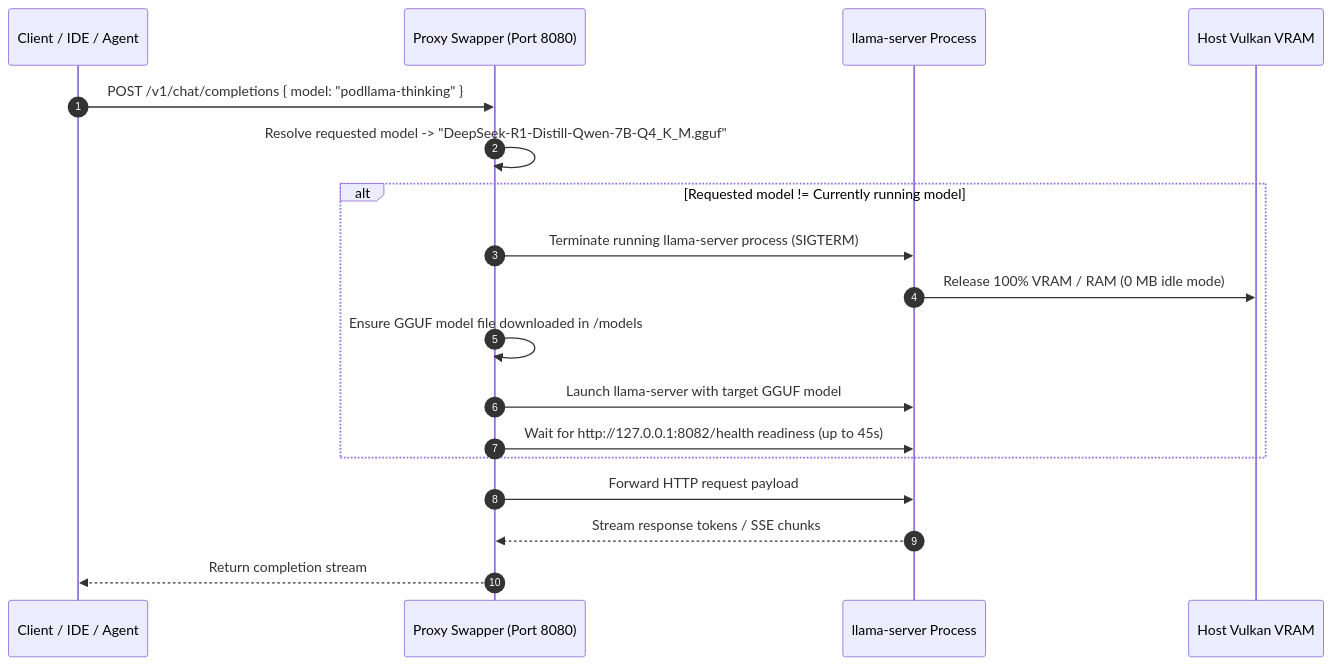
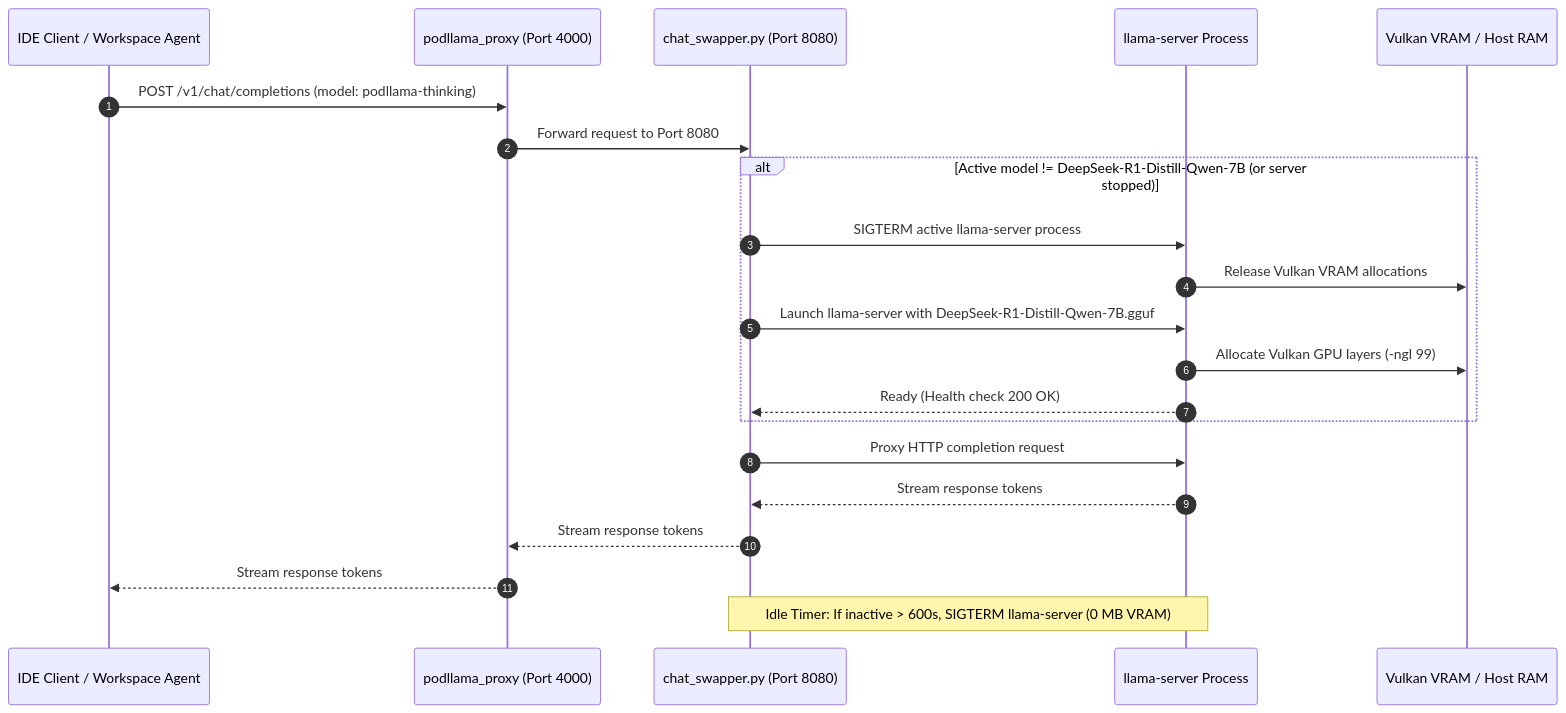
The fourth of 4 diagrams in docs/design.md (archanpaul/podllama), drawn with Mermaid before and after one commit. The commit also changed other lines of this file and 13 other files, not shown here.

````diff
--- a/docs/design.md
+++ b/docs/design.md
@@ -148,23 +146,27 @@
 ```mermaid
 sequenceDiagram
     autonumber
-    participant Client as Client / IDE / Agent
-    participant Proxy as Proxy Swapper (Port 8080)
+    participant Client as IDE Client / Workspace Agent
+    participant Proxy as podllama_proxy (Port 4000)
+    participant Swapper as chat_swapper.py (Port 8080)
     participant Llama as llama-server Process
-    participant VRAM as Host Vulkan VRAM
+    participant GPU as Vulkan VRAM / Host RAM
 
-    Client->>Proxy: POST /v1/chat/completions { model: "podllama-thinking" }
-    Proxy->>Proxy: Resolve requested model -> "DeepSeek-R1-Distill-Qwen-7B-Q4_K_M.gguf"
-    
-    alt Requested model != Currently running model
-        Proxy->>Llama: Terminate running llama-server process (SIGTERM)
-        Llama->>VRAM: Release 100% VRAM / RAM (0 MB idle mode)
-        Proxy->>Proxy: Ensure GGUF model file downloaded in /models
-        Proxy->>Llama: Launch llama-server with target GGUF model
-        Proxy->>Llama: Wait for http://127.0.0.1:8082/health readiness (up to 45s)
+    Client->>Proxy: POST /v1/chat/completions (model: podllama-thinking)
+    Proxy->>Swapper: Forward request to Port 8080
+
+    alt Active model != DeepSeek-R1-Distill-Qwen-7B (or server stopped)
+        Swapper->>Llama: SIGTERM active llama-server process
+        Llama->>GPU: Release Vulkan VRAM allocations
+        Swapper->>Llama: Launch llama-server with DeepSeek-R1-Distill-Qwen-7B.gguf
+        Llama->>GPU: Allocate Vulkan GPU layers (-ngl 99)
+        Llama-->>Swapper: Ready (Health check 200 OK)
     end
 
-    Proxy->>Llama: Forward HTTP request payload
-    Llama-->>Proxy: Stream response tokens / SSE chunks
-    Proxy-->>Client: Return completion stream
+    Swapper->>Llama: Proxy HTTP completion request
+    Llama-->>Swapper: Stream response tokens
+    Swapper-->>Proxy: Stream response tokens
+    Proxy-->>Client: Stream response tokens
+
+    Note over Swapper,Llama: Idle Timer: If inactive > 600s, SIGTERM llama-server (0 MB VRAM)
 ```
````
